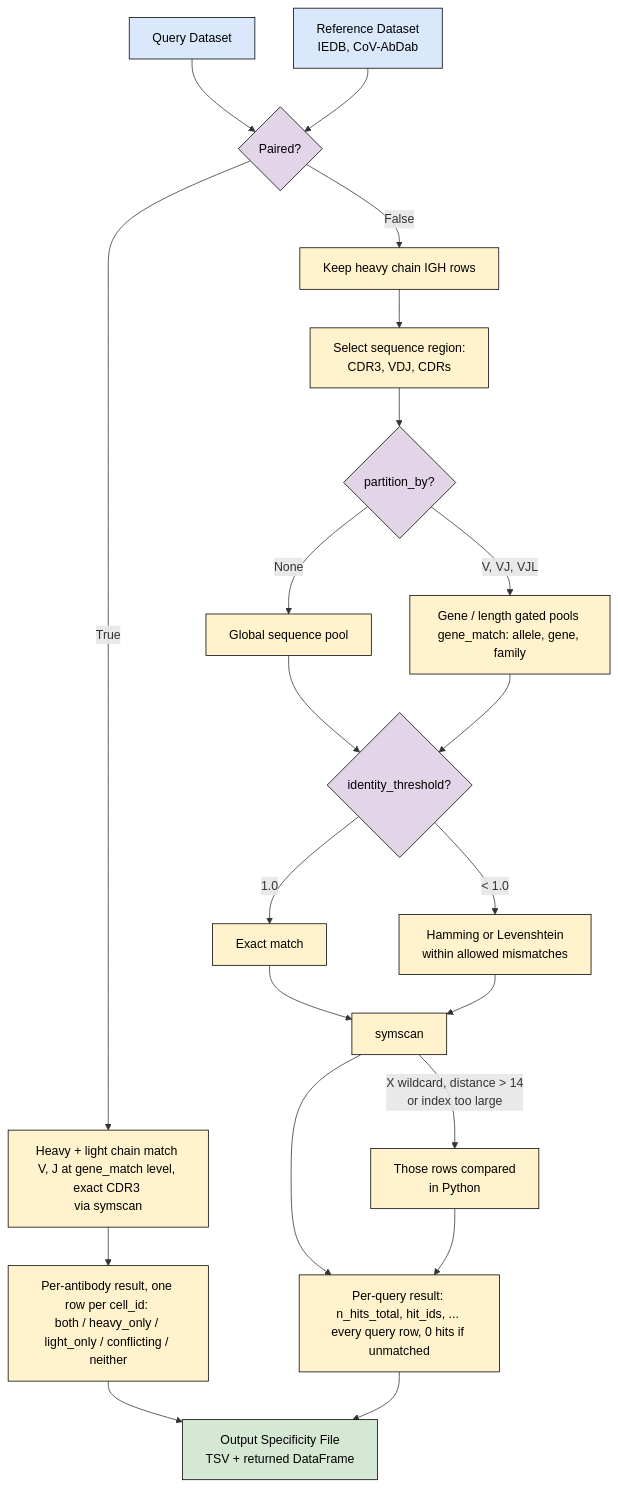
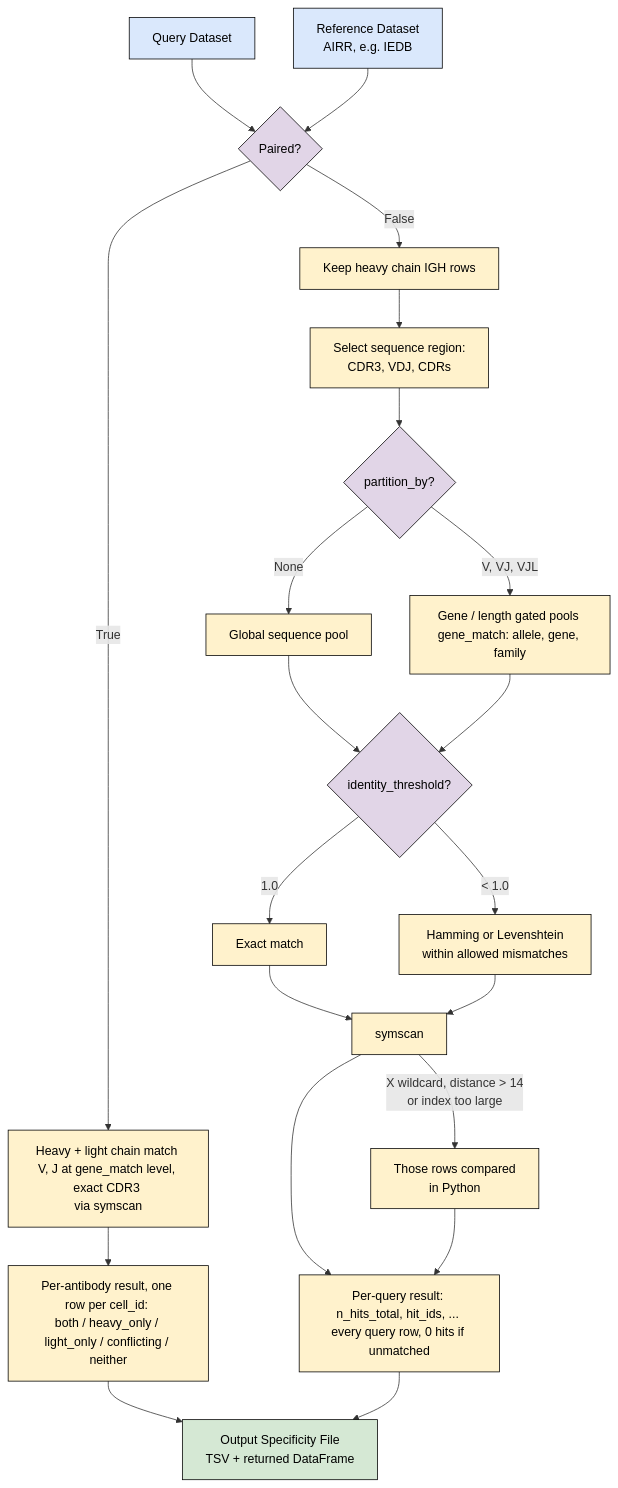
Before and after one commit to immcantation/immvoke: the diagram in src/immvoke/Sources/Specificity/idea.md, drawn with Mermaid. The commit also changed other lines of this file and 1 other file, not shown here.

````diff
--- a/src/immvoke/Sources/Specificity/idea.md
+++ b/src/immvoke/Sources/Specificity/idea.md
@@ -29,35 +10,35 @@
 ```mermaid
 graph TD
     classDef input fill:#dae8fc,stroke:#000,stroke-width:1px,color:#000;
     classDef process fill:#fff2cc,stroke:#000,stroke-width:1px,color:#000;
     classDef decision fill:#e1d5e7,stroke:#000,stroke-width:1px,color:#000;
     classDef output fill:#d5e8d4,stroke:#000,stroke-width:1px,color:#000;
 
     Q[Query Dataset]:::input --> Paired
-    R[Reference Dataset <br>IEDB, CoV-AbDab]:::input --> Paired
+    R[Reference Dataset <br>AIRR, e.g. IEDB]:::input --> Paired
     Paired{Paired?}:::decision
 
     Paired -->|True| PairedRun[Heavy + light chain match <br>V, J at gene_match level, exact CDR3 <br>via symscan]:::process
     PairedRun --> PairedOut[Per-antibody result, one row per cell_id: <br>both / heavy_only / light_only / conflicting / neither]:::process
 
     Paired -->|False| Heavy[Keep heavy chain IGH rows]:::process
     Heavy --> Pre[Select sequence region: <br>CDR3, VDJ, CDRs]:::process
     Pre --> Part{partition_by?}:::decision
     Part -->|None| Global[Global sequence pool]:::process
     Part -->|V, VJ, VJL| Binned[Gene / length gated pools <br>gene_match: allele, gene, family]:::process
     Global --> Thresh{identity_threshold?}:::decision
     Binned --> Thresh
 
     Thresh -->|1.0| Exact[Exact match]:::process
     Thresh -->|< 1.0| Dist[Hamming or Levenshtein <br>within allowed mismatches]:::process
 
     Exact --> Symscan[symscan]:::process
     Dist --> Symscan
     Symscan -->|X wildcard, distance > 14 <br>or index too large| Rows[Those rows compared <br>in Python]:::process
 
     Symscan --> Out[Per-query result: n_hits_total, hit_ids, ... <br>every query row, 0 hits if unmatched]:::process
     Rows --> Out
 
     PairedOut --> File[Output Specificity File <br>TSV + returned DataFrame]:::output
     Out --> File
 ```
````
